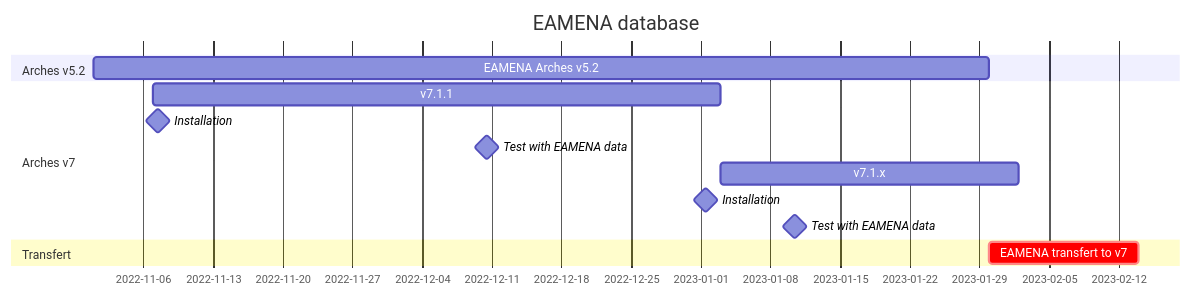
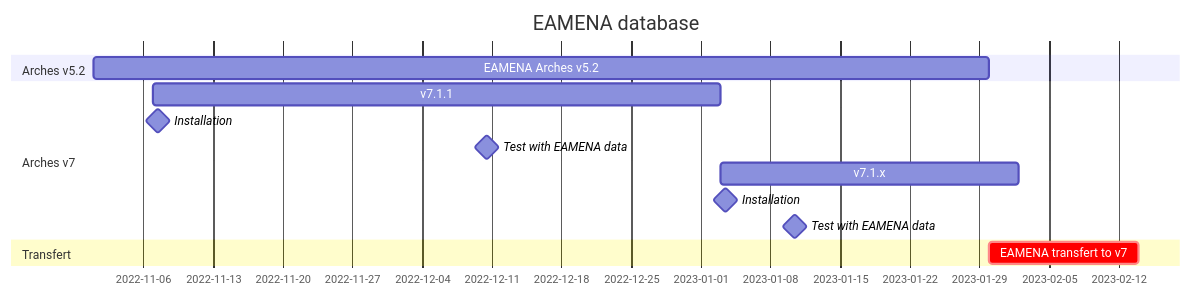
The first of 2 diagrams in dbs/database.eamena/README.md (eamena-project/eamena-arches-dev), drawn with Mermaid before and after one commit.

Commit message:
workflow Arches v5 v7

````diff
--- a/dbs/database.eamena/README.md
+++ b/dbs/database.eamena/README.md
@@ -5,16 +5,16 @@
 ```mermaid
 gantt
     title EAMENA database
     dateFormat  YYYY-MM-DD
     section Arches v5.2
     EAMENA Arches v5.2       : a0, 2022-11-01, 90d
     section Arches v7
     v7.1.1                   : a1, 2022-11-07, 57d
     Installation             : milestone, m0, 2022-11-07, 1d
     Test with EAMENA data    : milestone, m1, 2022-12-10, 1d
-    v7.1.x                   : after a1, 30d
-    Installation             : milestone, m2, 2023-01-01, 1d
+    v7.1.x                   : a2, after a1, 30d
+    Installation             : milestone, m2, after a1, 1d
     Test with EAMENA data    : milestone, m3, 2023-01-10, 1d
     section Transfert
     EAMENA transfert to v7   : crit, after a0, 15d
 ```
````
